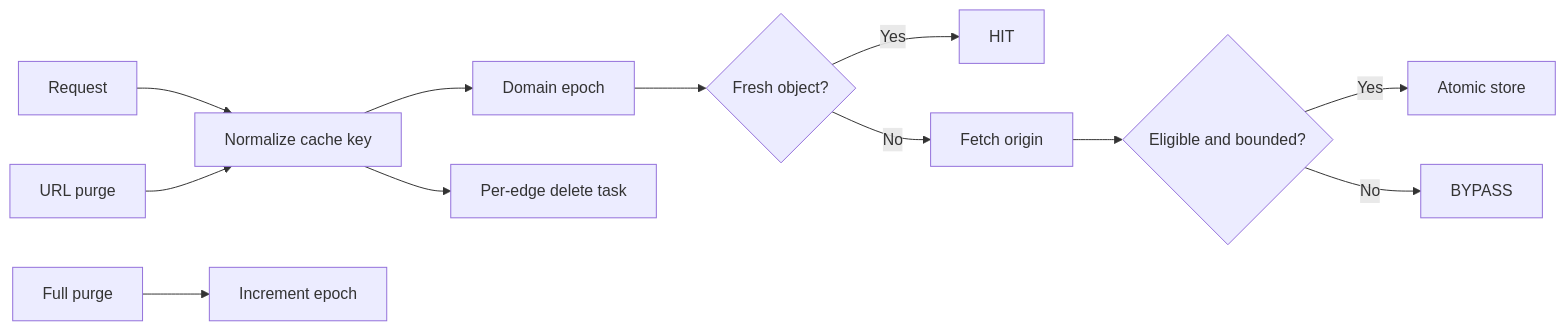
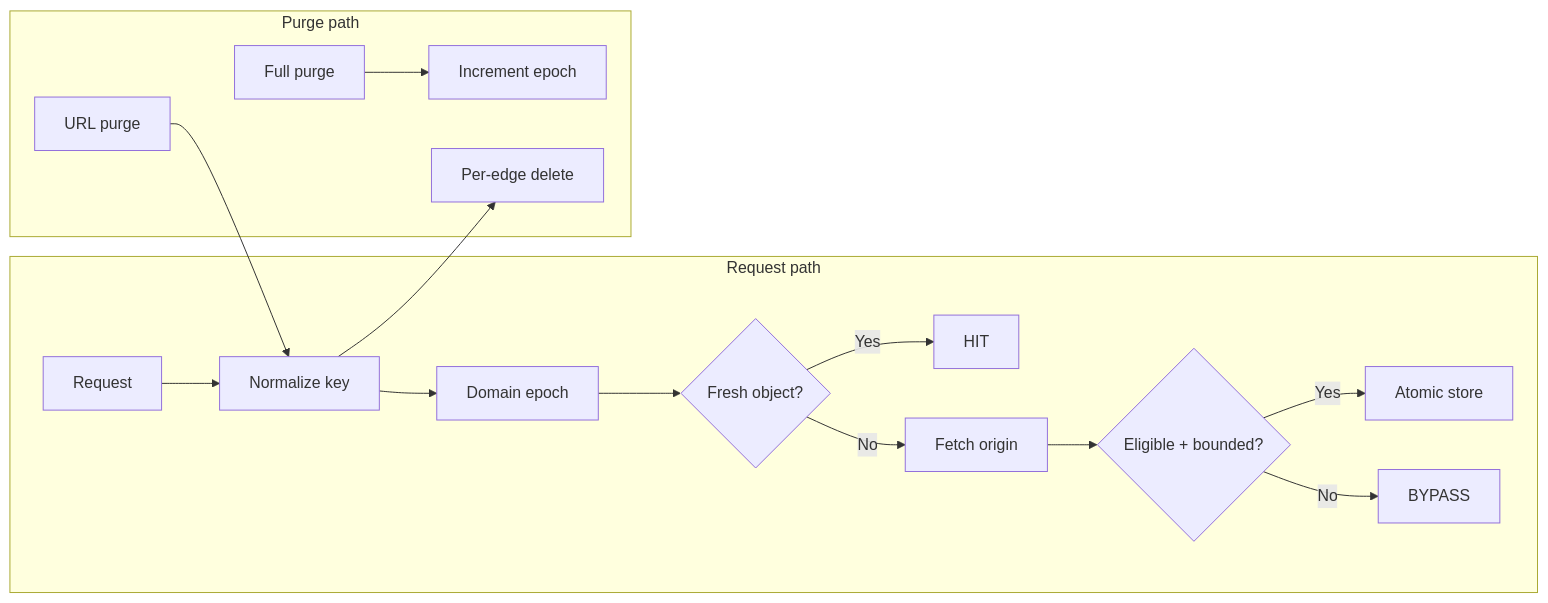
Before and after one commit to vaheed/CDNFoundry: the diagram in docs/guides/cache.md, drawn with Mermaid. The commit also changed 24 other files, not shown here.

````diff
--- a/docs/guides/cache.md
+++ b/docs/guides/cache.md
@@ -17,14 +17,16 @@
 ```mermaid
 flowchart LR
-    Request["Request"] --> Normalize["Normalize cache key"]
-    Normalize --> Epoch["Domain epoch"]
-    Epoch --> Lookup{"Fresh object?"}
-    Lookup -- Yes --> Hit["HIT"]
-    Lookup -- No --> Origin["Fetch origin"]
-    Origin --> Admit{"Eligible and bounded?"}
-    Admit -- Yes --> Store["Atomic store"]
-    Admit -- No --> Bypass["BYPASS"]
-    Full["Full purge"] --> Increment["Increment epoch"]
-    URL["URL purge"] --> Normalize
-    Normalize --> Task["Per-edge delete task"]
+    subgraph Read["Request path"]
+      Request["Request"] --> Normalize["Normalize key"] --> Epoch["Domain epoch"]
+      Epoch --> Lookup{"Fresh object?"}
+      Lookup -- Yes --> Hit["HIT"]
+      Lookup -- No --> Origin["Fetch origin"] --> Admit{"Eligible + bounded?"}
+      Admit -- Yes --> Store["Atomic store"]
+      Admit -- No --> Bypass["BYPASS"]
+    end
+    subgraph Purge["Purge path"]
+      Full["Full purge"] --> Increment["Increment epoch"]
+      URL["URL purge"] --> Normalize
+      Normalize --> Task["Per-edge delete"]
+    end
 ```
````
